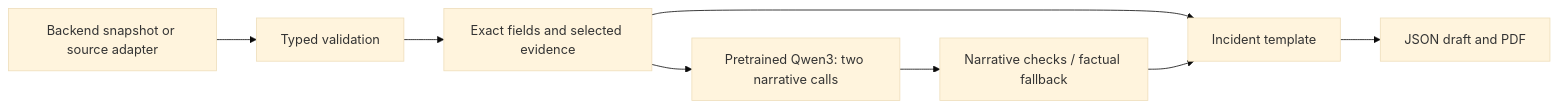
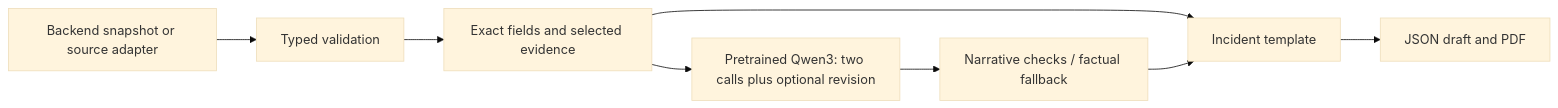
The diagram in incident_report_slm/README.md (Pranaeshintern/ML_MODEL), drawn with Mermaid (base theme) before and after one commit. The commit also changed other lines of this file and 26 other files, not shown here.

````diff
--- a/incident_report_slm/README.md
+++ b/incident_report_slm/README.md
@@ -137,10 +137,10 @@
 ```mermaid
 flowchart LR
   Source[Backend snapshot or source adapter] --> Validate[Typed validation]
   Validate --> Facts[Exact fields and selected evidence]
-  Facts --> SLM[Pretrained Qwen3: two narrative calls]
+  Facts --> SLM[Pretrained Qwen3: two calls plus optional revision]
   SLM --> Checks[Narrative checks / factual fallback]
   Facts --> Render[Incident template]
   Checks --> Render
   Render --> Output[JSON draft and PDF]
 ```
````
